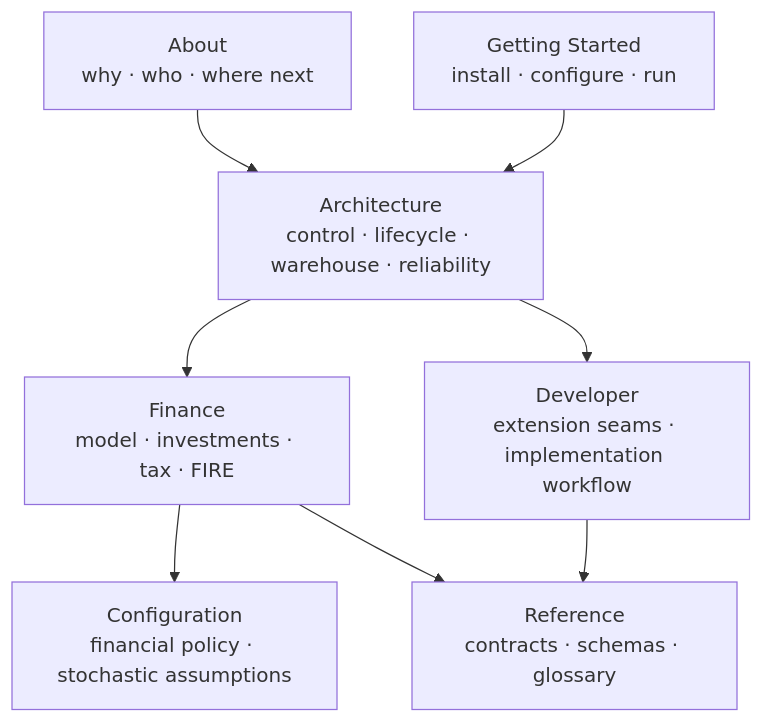
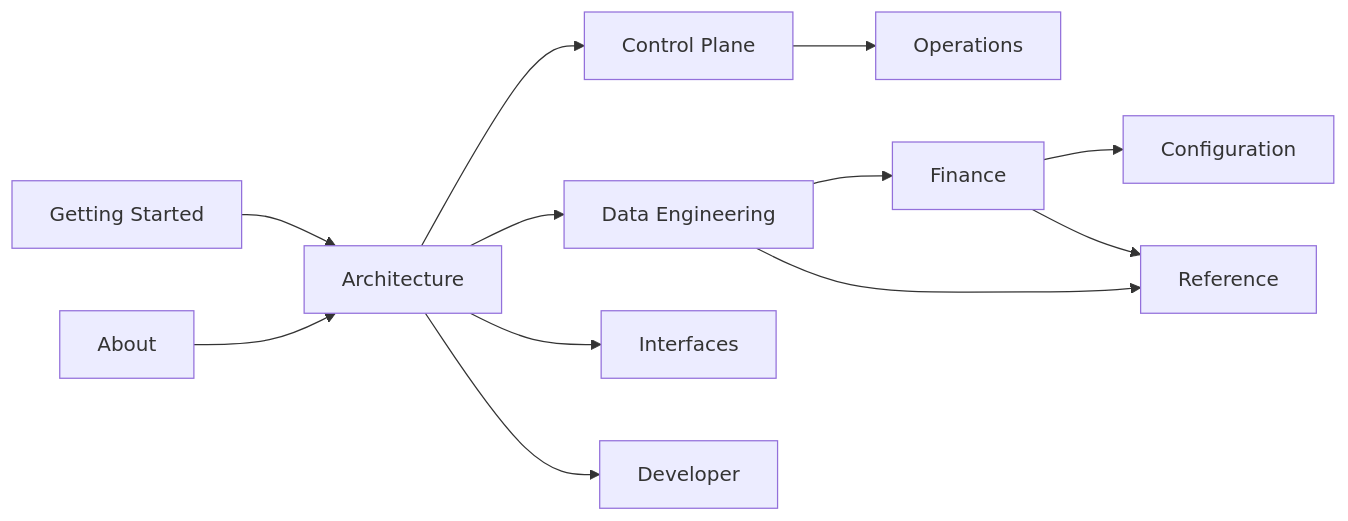
One commit to tks18/personal-finance-etl changed the second of 2 diagrams in docs/README.md. Above: the diagram before and after it, drawn with Mermaid. The commit also changed other lines of this file, not shown here.

````diff
--- a/docs/README.md
+++ b/docs/README.md
@@ -111,18 +50,14 @@
 ```mermaid
-flowchart TB
-    ABOUT["About<br/>why · who · where next"]
-    START["Getting Started<br/>install · configure · run"]
-    ARCH["Architecture<br/>control · lifecycle · warehouse · reliability"]
-    FIN["Finance<br/>model · investments · tax · FIRE"]
-    CFG["Configuration<br/>financial policy · stochastic assumptions"]
-    DEV["Developer<br/>extension seams · implementation workflow"]
-    REF["Reference<br/>contracts · schemas · glossary"]
-
-    ABOUT --> ARCH
-    START --> ARCH
-    ARCH --> FIN
-    FIN --> CFG
-    ARCH --> DEV
+flowchart LR
+    START["Getting Started"] --> ARCH["Architecture"]
+    ARCH --> CP["Control Plane"]
+    ARCH --> DE["Data Engineering"]
+    DE --> FIN["Finance"]
+    FIN --> CFG["Configuration"]
+    DE --> REF["Reference"]
     FIN --> REF
-    DEV --> REF
+    ARCH --> UI["Interfaces"]
+    CP --> OPS["Operations"]
+    ARCH --> DEV["Developer"]
+    ABOUT["About"] --> ARCH
 ```
````
